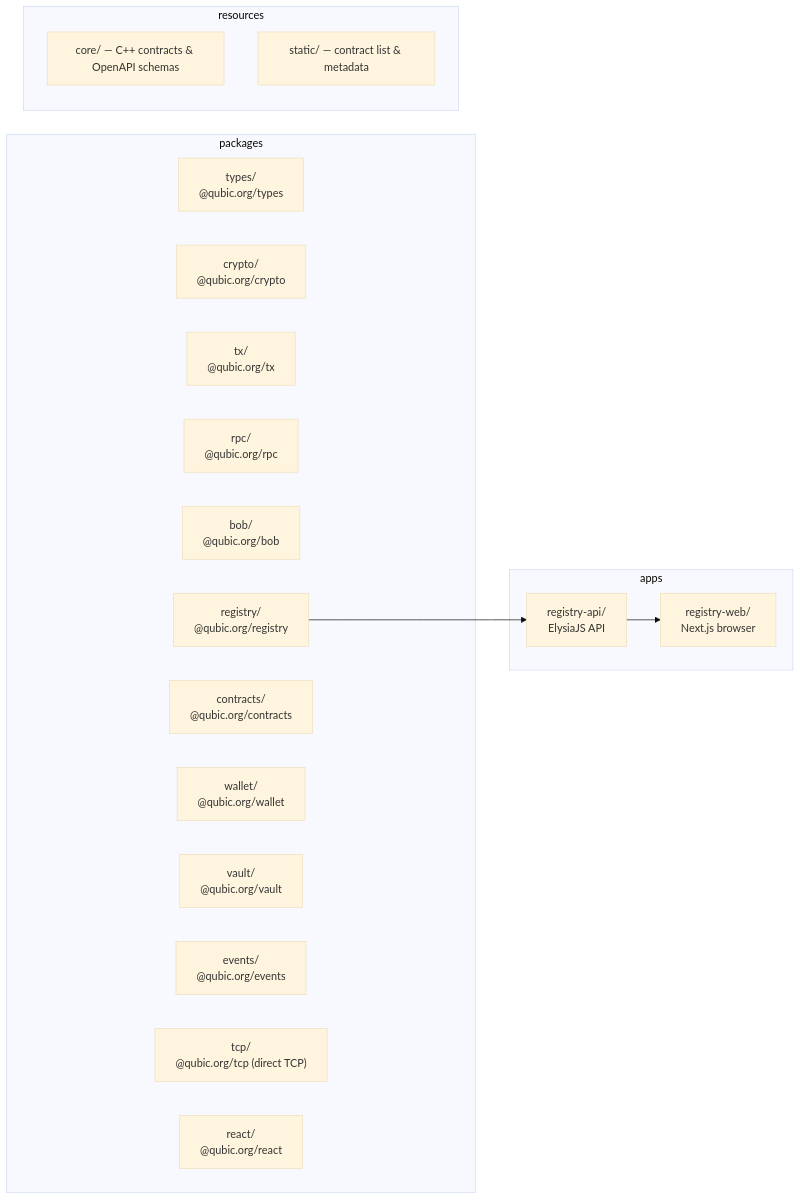
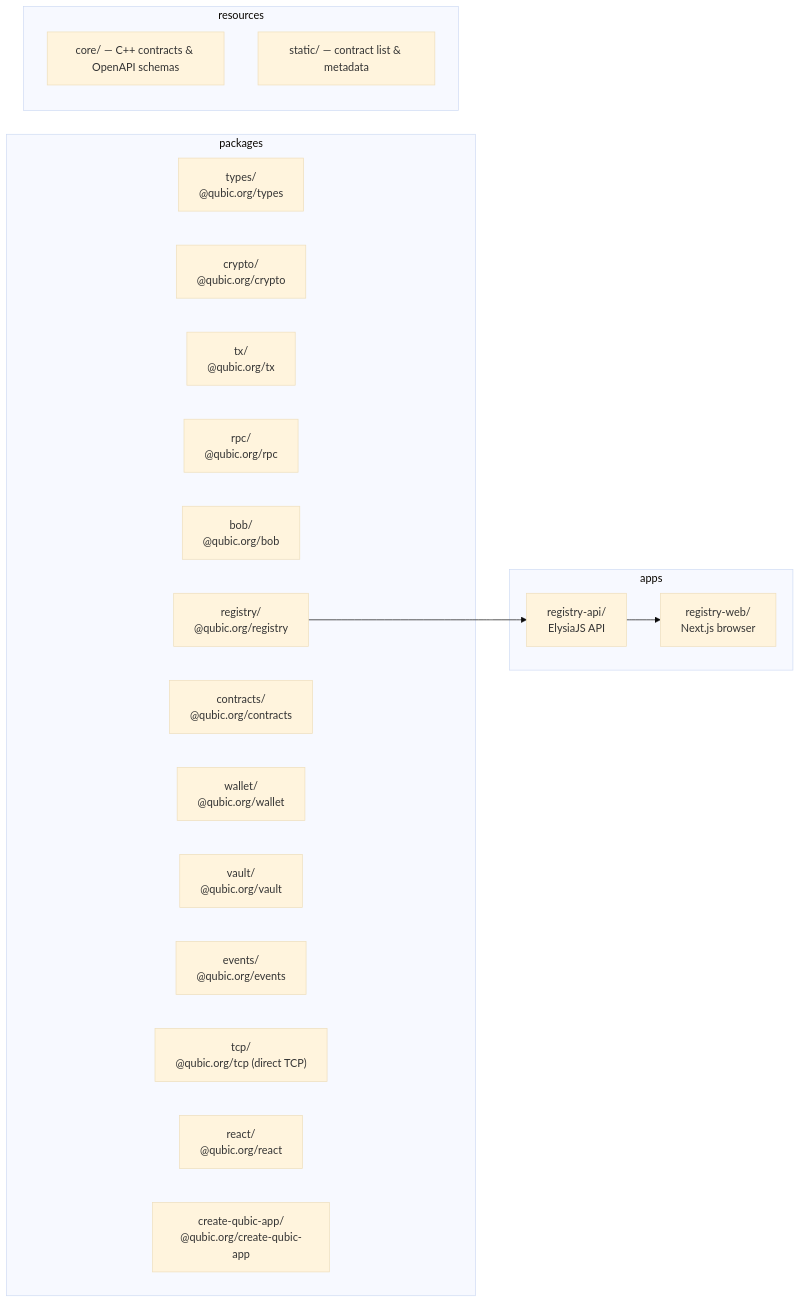
One commit to qubic/qubic-typescript changed the second of 2 diagrams in README.md. Above: the diagram before and after it, drawn with Mermaid (base theme). The commit also changed other lines of this file and 4 other files, not shown here.

Commit message:
docs: document create-qubic-app scaffolding

````diff
--- a/README.md
+++ b/README.md
@@ -386,27 +387,28 @@
 ```mermaid
 graph LR
   subgraph packages
     types["types/\n@qubic.org/types"]
     crypto["crypto/\n@qubic.org/crypto"]
     tx["tx/\n@qubic.org/tx"]
     rpc["rpc/\n@qubic.org/rpc"]
     bob["bob/\n@qubic.org/bob"]
     registry["registry/\n@qubic.org/registry"]
     contracts["contracts/\n@qubic.org/contracts"]
     wallet["wallet/\n@qubic.org/wallet"]
     vault["vault/\n@qubic.org/vault"]
     events["events/\n@qubic.org/events"]
     tcp["tcp/\n@qubic.org/tcp (direct TCP)"]
     react["react/\n@qubic.org/react"]
+    createApp["create-qubic-app/\n@qubic.org/create-qubic-app"]
   end
   subgraph apps
     api["registry-api/\nElysiaJS API"]
     web["registry-web/\nNext.js browser"]
   end
   subgraph resources
     core["core/ — C++ contracts & OpenAPI schemas"]
     static["static/ — contract list & metadata"]
   end
   registry --> api
   api --> web
 ```
````
